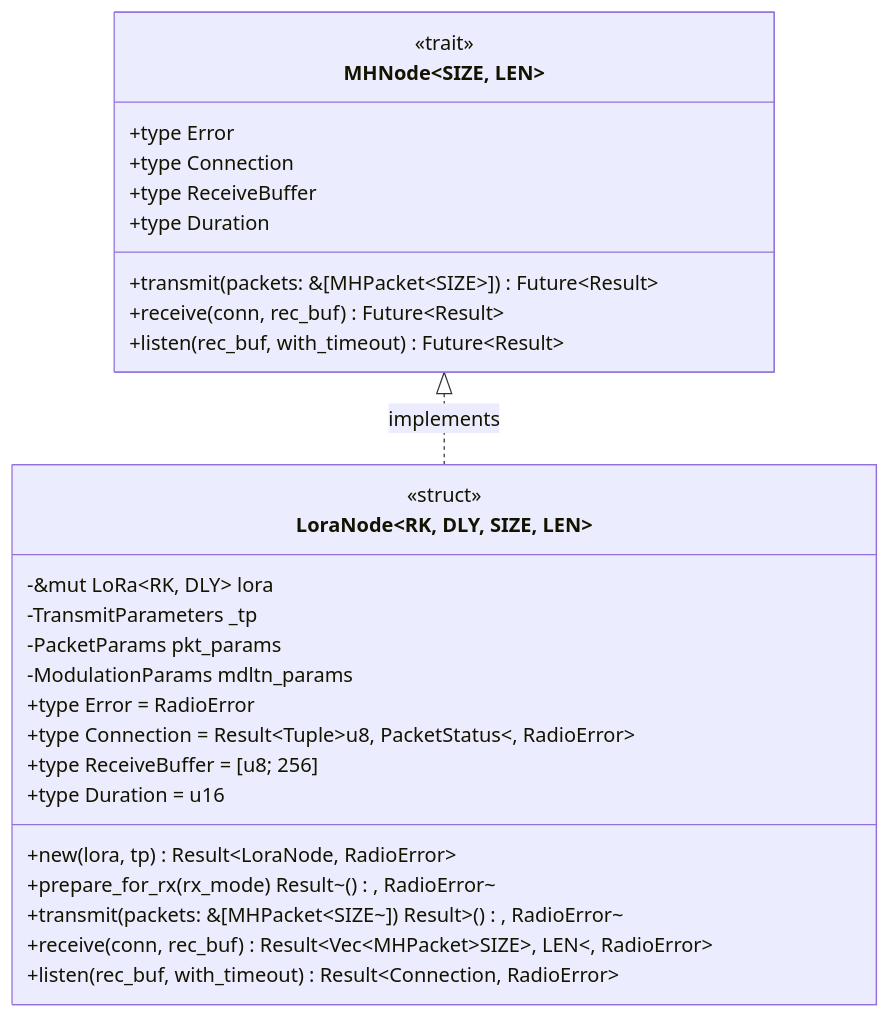
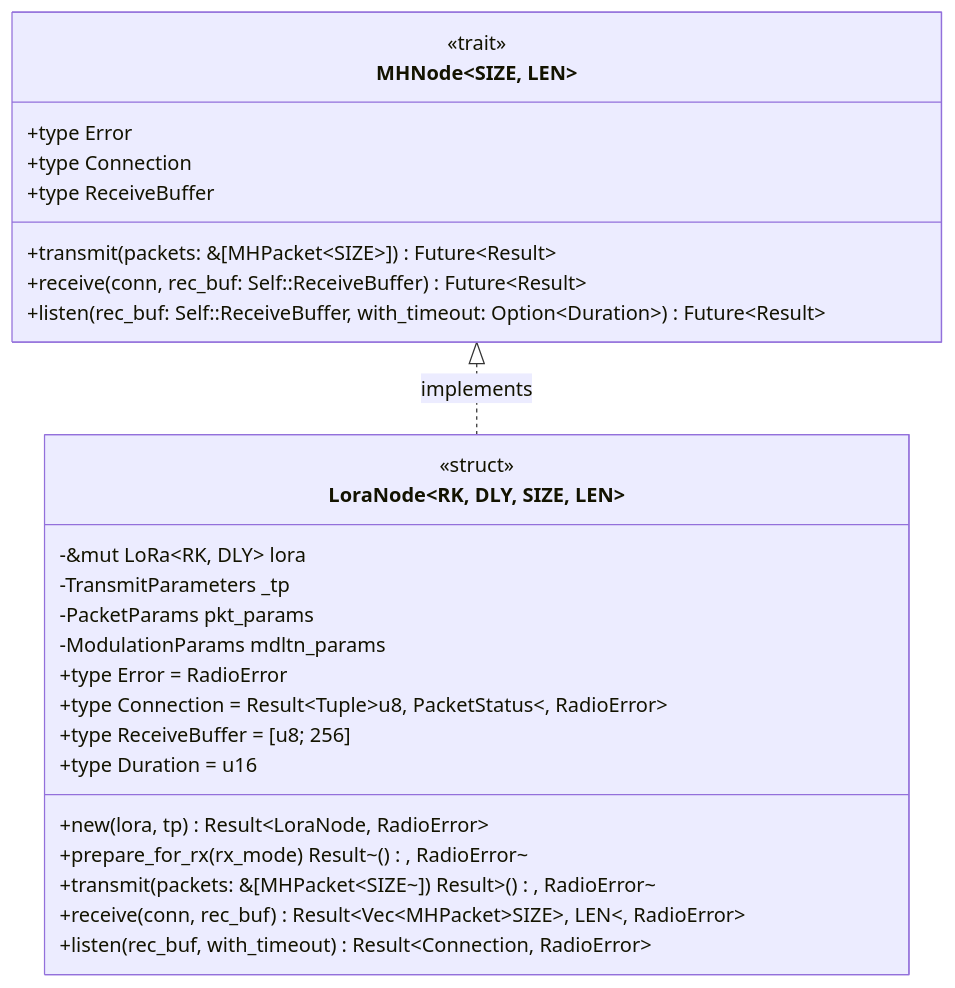
The first of 2 diagrams in must-hop/src/algorithm.md (jakobolason/must-hop), drawn with Mermaid before and after one commit. The commit also changed other lines of this file and 9 other files, not shown here.

````diff
--- a/must-hop/src/algorithm.md
+++ b/must-hop/src/algorithm.md
@@ -5,37 +5,36 @@
 ```mermaid
 classDiagram
     class MHNode~SIZE, LEN~ {
         <<trait>>
         +type Error
         +type Connection
         +type ReceiveBuffer
-        +type Duration
         +transmit(packets: &[MHPacket~SIZE~]) Future~Result~
-        +receive(conn, rec_buf) Future~Result~
-        +listen(rec_buf, with_timeout) Future~Result~
+        +receive(conn, rec_buf: Self::ReceiveBuffer) Future~Result~
+        +listen(rec_buf: Self::ReceiveBuffer, with_timeout: Option~Duration~) Future~Result~
     }
 
     class LoraNode~RK, DLY, SIZE, LEN~ {
         <<struct>>
         -&mut LoRa~RK, DLY~ lora
         -TransmitParameters _tp
         -PacketParams pkt_params
         -ModulationParams mdltn_params
 
         %% Associated Types Defined
         +type Error = RadioError
         +type Connection = Result~Tuple~u8, PacketStatus~, RadioError~
         +type ReceiveBuffer = [u8; 256]
         +type Duration = u16
 
         +new(lora, tp) Result~LoraNode, RadioError~
         +prepare_for_rx(rx_mode) Result~(), RadioError~
 
         %% Trait Implementations
         +transmit(packets: &[MHPacket~SIZE~]) Result~(), RadioError~
         +receive(conn, rec_buf) Result~Vec~MHPacket~SIZE~, LEN~, RadioError~
         +listen(rec_buf, with_timeout) Result~Connection, RadioError~
     }
 
     MHNode <|.. LoraNode : implements
 ```
````
